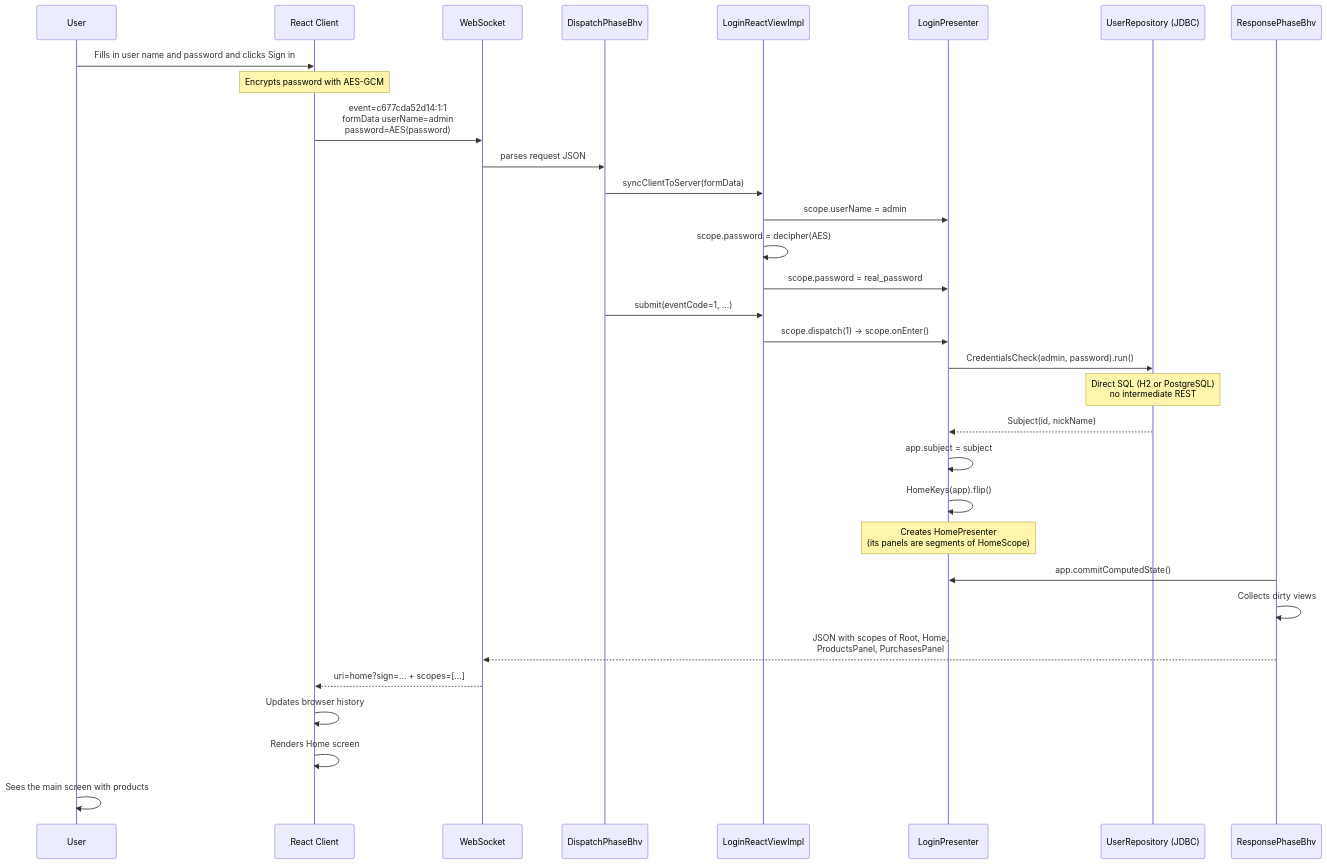
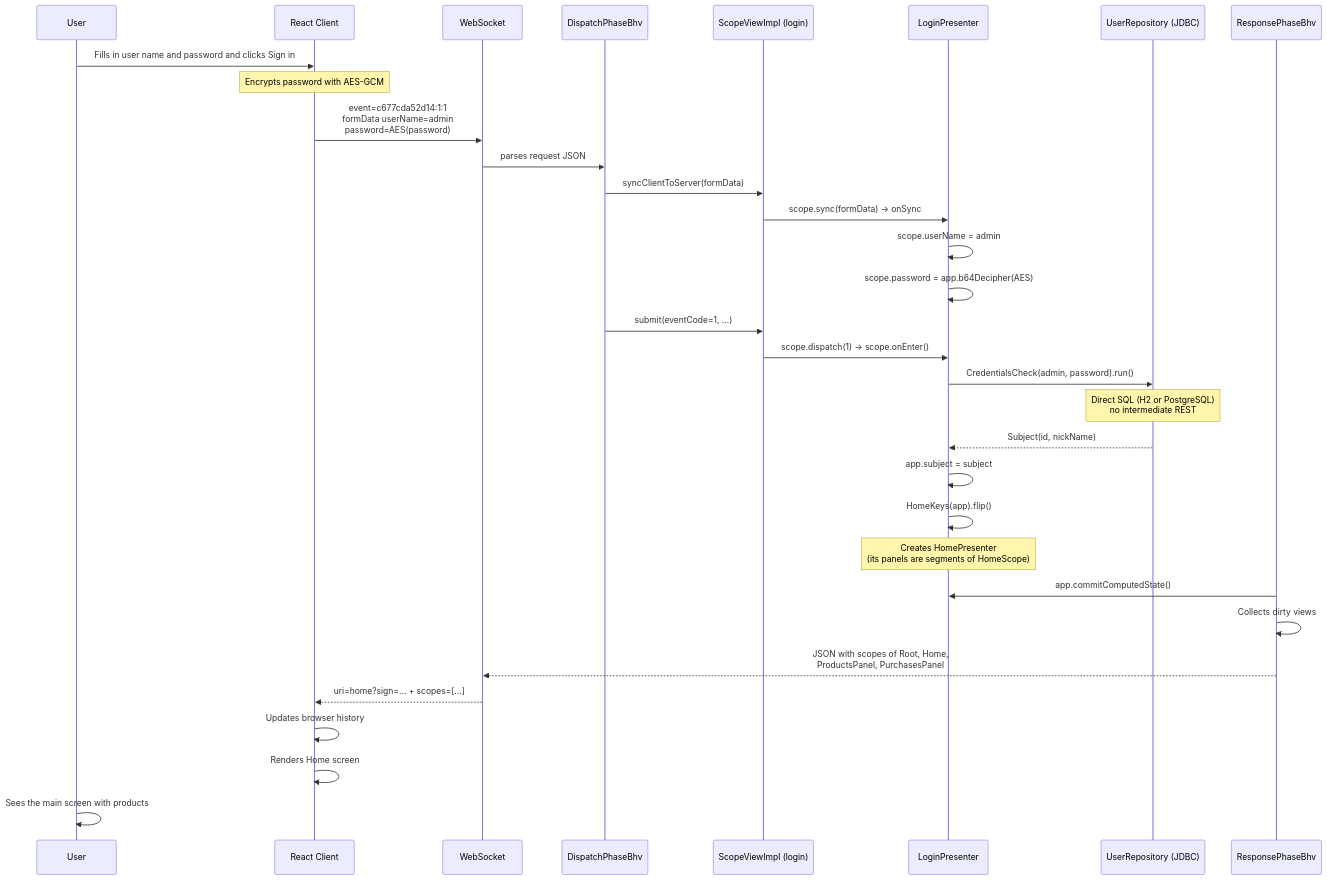
The ninth of 9 diagrams in docs/architecture-react.md (mrcdom/wdc-cube-kotlin), drawn with Mermaid before and after one commit. The commit also changed other lines of this file and 17 other files, not shown here.

First line of the commit message:
refactor(remote): each scope declares its vid; the login presenter takes the remote form

````diff
--- a/docs/architecture-react.md
+++ b/docs/architecture-react.md
@@ -492,47 +492,47 @@
 ```mermaid
 sequenceDiagram
     participant User as User
     participant React as React Client
     participant WS as WebSocket
     participant Disp as DispatchPhaseBhv
-    participant LView as LoginReactViewImpl
+    participant LView as ScopeViewImpl (login)
     participant LPres as LoginPresenter
     participant URepo as UserRepository (JDBC)
     participant Resp as ResponsePhaseBhv
 
     User->>React: Fills in user name and password and clicks Sign in
 
     Note over React: Encrypts password with AES-GCM
 
     React->>WS: event=c677cda52d14:1:1<br/>formData userName=admin<br/>password=AES(password)
 
     WS->>Disp: parses request JSON
 
     Disp->>LView: syncClientToServer(formData)
-    LView->>LPres: scope.userName = admin
-    LView->>LView: scope.password = decipher(AES)
-    LView->>LPres: scope.password = real_password
+    LView->>LPres: scope.sync(formData) → onSync
+    LPres->>LPres: scope.userName = admin
+    LPres->>LPres: scope.password = app.b64Decipher(AES)
 
     Disp->>LView: submit(eventCode=1, ...)
     LView->>LPres: scope.dispatch(1) → scope.onEnter()
 
     LPres->>URepo: CredentialsCheck(admin, password).run()
     Note over URepo: Direct SQL (H2 or PostgreSQL)<br/>no intermediate REST
     URepo-->>LPres: Subject(id, nickName)
 
     LPres->>LPres: app.subject = subject
     LPres->>LPres: HomeKeys(app).flip()
 
     Note over LPres: Creates HomePresenter<br/>(its panels are segments of HomeScope)
 
     Resp->>LPres: app.commitComputedState()
     Resp->>Resp: Collects dirty views
 
     Resp-->>WS: JSON with scopes of Root, Home,<br/>ProductsPanel, PurchasesPanel
 
     WS-->>React: uri=home?sign=… + scopes=[...]
     React->>React: Updates browser history
     React->>React: Renders Home screen
 
     User->>User: Sees the main screen with products
 ```
````
